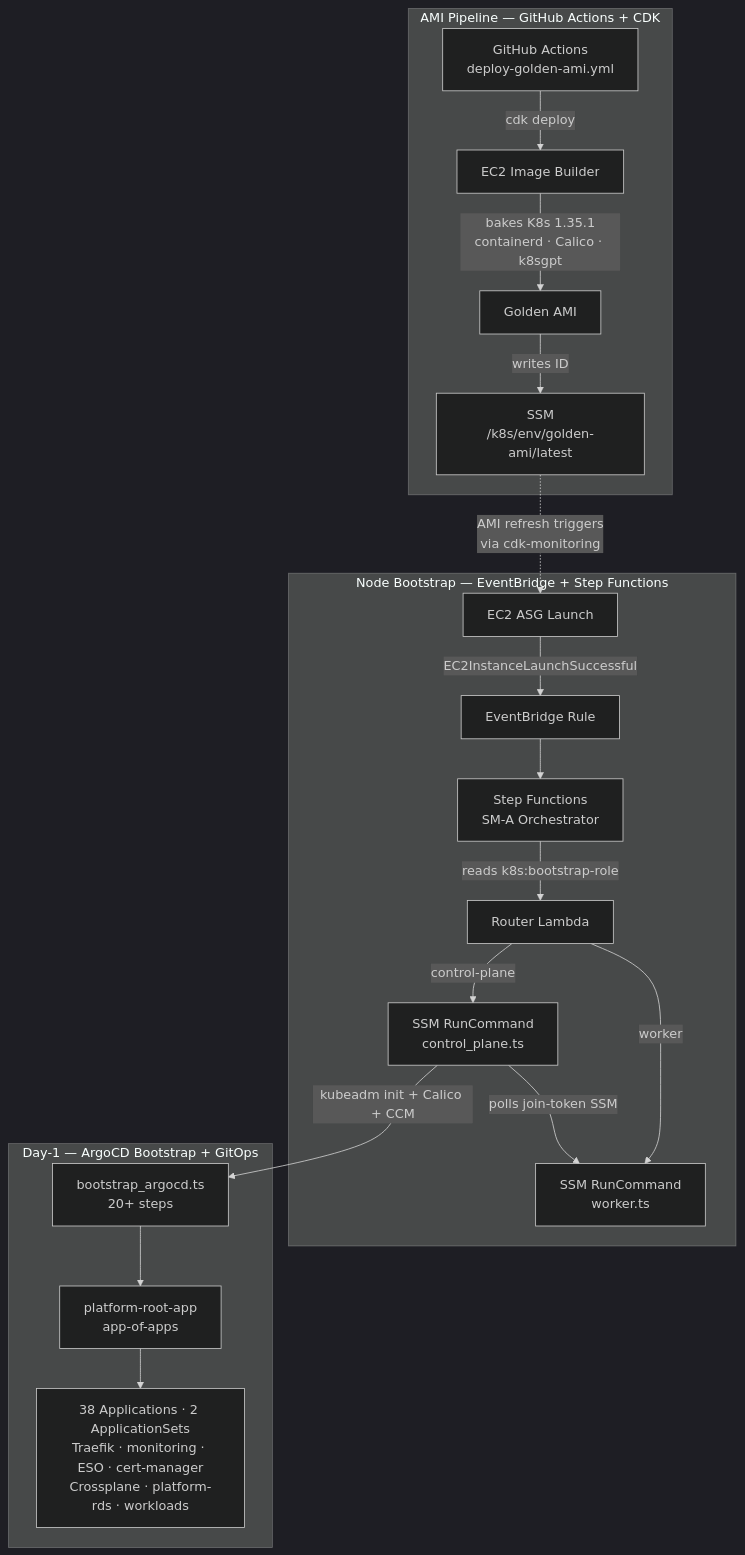
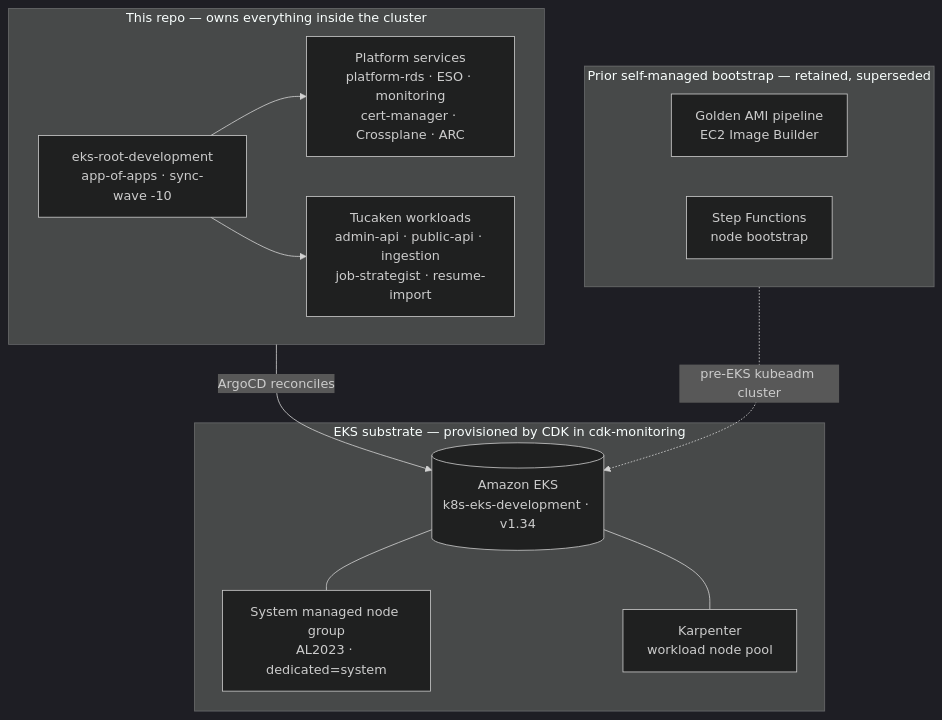
Before and after one commit to Nelson-Lamounier/kubernetes-bootstrap: the diagram in README.md, drawn with Mermaid (dark theme). The commit also changed other lines of this file and 5 other files, not shown here.

First line of the commit message:
docs: EKS-primary README + platform-rds/pgbouncer/job-watcher docs (#150)

````diff
--- a/README.md
+++ b/README.md
@@ -42,25 +79,26 @@
 ```mermaid
 flowchart TD
-    subgraph PIPE ["AMI Pipeline — GitHub Actions + CDK"]
-        GHA[GitHub Actions\ndeploy-golden-ami.yml] -->|cdk deploy| IB[EC2 Image Builder]
-        IB -->|bakes K8s 1.35.1\ncontainerd · Calico · k8sgpt| AMI[Golden AMI]
-        AMI -->|writes ID| SSM_AMI[SSM\n/k8s/env/golden-ami/latest]
+    subgraph CDK ["EKS substrate — provisioned by CDK in cdk-monitoring"]
+        EKS[(Amazon EKS<br/>k8s-eks-development · v1.34)]
+        MNG[System managed node group<br/>AL2023 · dedicated=system]
+        KARP[Karpenter<br/>workload node pool]
+        EKS --- MNG
+        EKS --- KARP
     end
 
-    subgraph BOOT ["Node Bootstrap — EventBridge + Step Functions"]
-        ASG[EC2 ASG Launch] -->|EC2InstanceLaunchSuccessful| EB[EventBridge Rule]
-        EB --> SFN[Step Functions\nSM-A Orchestrator]
-        SFN -->|reads k8s:bootstrap-role| LMB[Router Lambda]
-        LMB -->|control-plane| CP[SSM RunCommand\ncontrol_plane.ts]
-        LMB -->|worker| WK[SSM RunCommand\nworker.ts]
-        CP -->|polls join-token SSM| WK
+    subgraph GIT ["This repo — owns everything inside the cluster"]
+        ROOT[eks-root-development<br/>app-of-apps · sync-wave -10]
+        PLAT["Platform services<br/>platform-rds · ESO · monitoring<br/>cert-manager · Crossplane · ARC"]
+        WORK["Tucaken workloads<br/>admin-api · public-api · ingestion<br/>job-strategist · resume-import"]
+        ROOT --> PLAT
+        ROOT --> WORK
     end
 
-    subgraph DAY1 ["Day-1 — ArgoCD Bootstrap + GitOps"]
-        CP -->|kubeadm init + Calico + CCM| ARGOTS[bootstrap_argocd.ts\n20+ steps]
-        ARGOTS --> ROOT[platform-root-app\napp-of-apps]
-        ROOT --> APPS["38 Applications · 2 ApplicationSets\nTraefik · monitoring · ESO · cert-manager\nCrossplane · platform-rds · workloads"]
+    subgraph LEGACY ["Prior self-managed bootstrap — retained, superseded"]
+        AMI[Golden AMI pipeline<br/>EC2 Image Builder]
+        SFN[Step Functions<br/>node bootstrap]
     end
 
-    SSM_AMI -.->|AMI refresh triggers\nvia cdk-monitoring| ASG
+    GIT -->|ArgoCD reconciles| EKS
+    LEGACY -.->|pre-EKS kubeadm cluster| EKS
 ```
````
